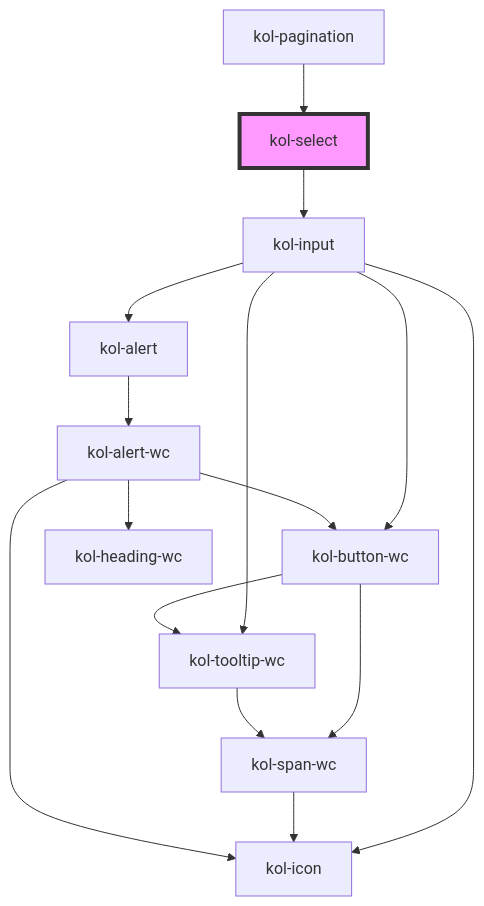
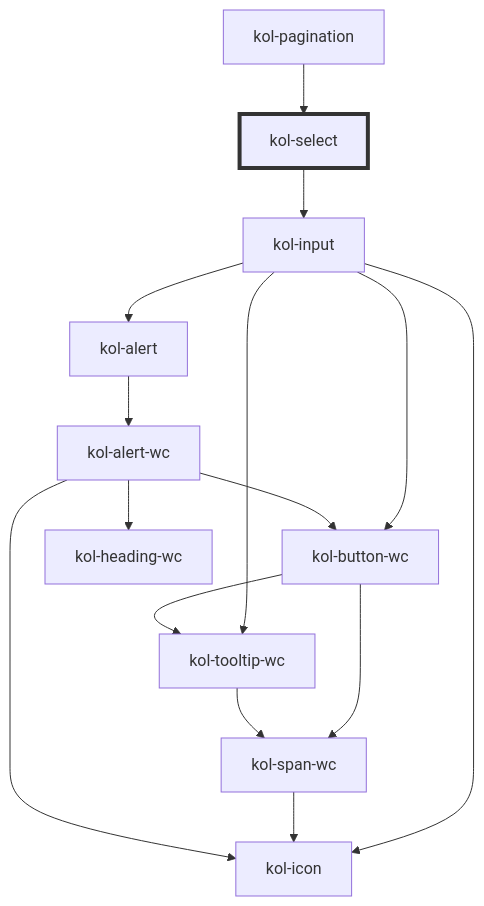
The diagram in packages/components/src/components/select/readme.md (public-ui/kolibri), drawn with Mermaid before and after one commit. The commit also changed 40 other files, not shown here.

````diff
--- a/packages/components/src/components/select/readme.md
+++ b/packages/components/src/components/select/readme.md
@@ -141,18 +141,18 @@
 ```mermaid
 graph TD;
   kol-select --> kol-input
   kol-input --> kol-icon
   kol-input --> kol-button-wc
   kol-input --> kol-tooltip-wc
   kol-input --> kol-alert
   kol-button-wc --> kol-span-wc
   kol-button-wc --> kol-tooltip-wc
   kol-span-wc --> kol-icon
   kol-tooltip-wc --> kol-span-wc
   kol-alert --> kol-alert-wc
   kol-alert-wc --> kol-heading-wc
   kol-alert-wc --> kol-button-wc
   kol-alert-wc --> kol-icon
   kol-pagination --> kol-select
-  style kol-select fill:#f9f,stroke:#333,stroke-width:4px
+  style kol-select stroke:#333,stroke-width:4px
 ```
````
